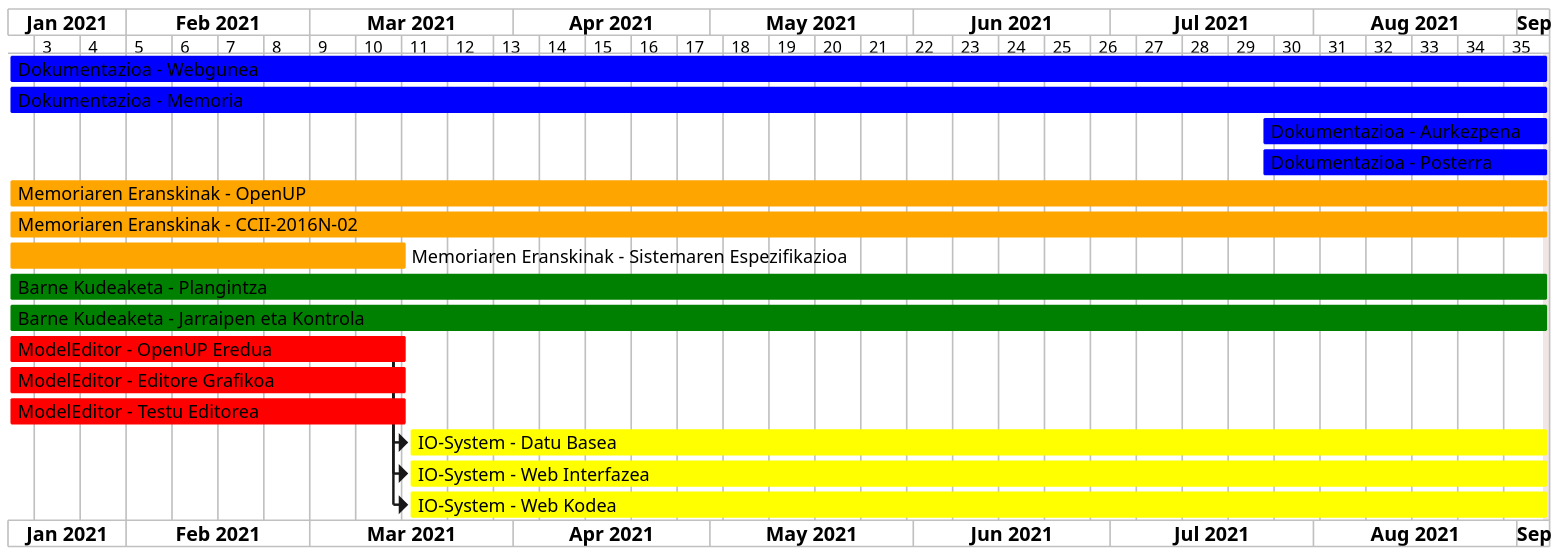
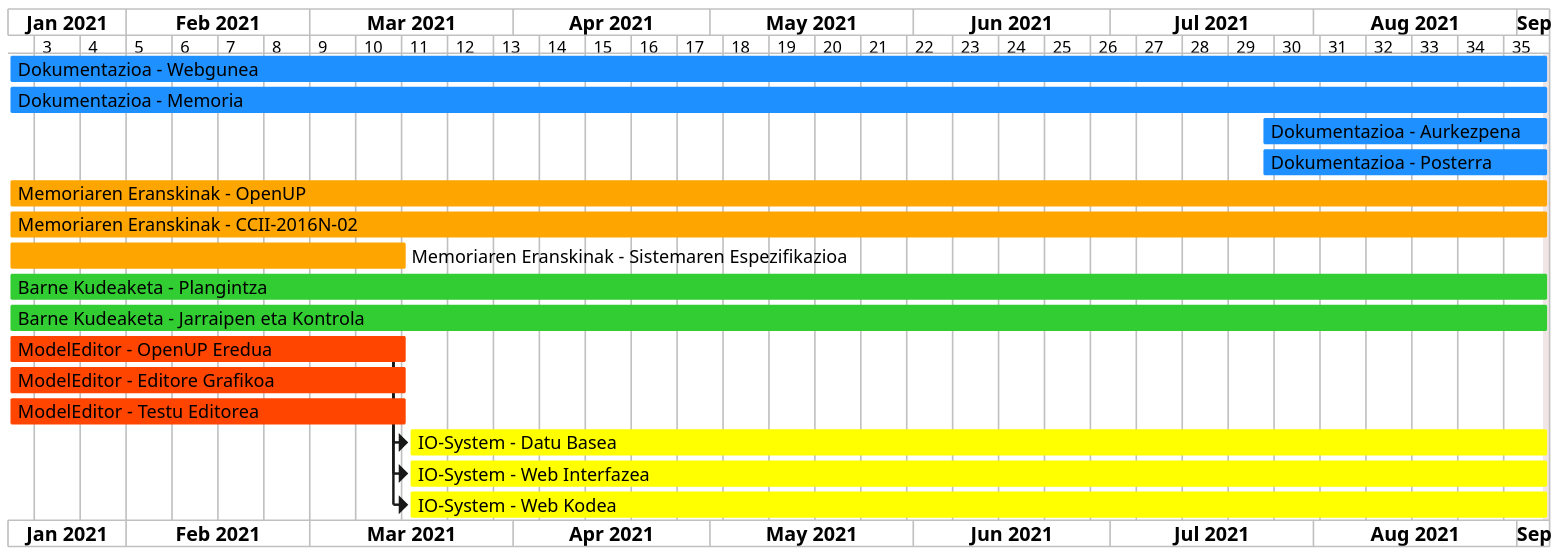
One commit to juletx/ProMeta changed the diagram in Proiektua/Memoriaren Eranskinak/A3 - Tamaina eta Esfortzu Estimazioa/Gantt_2.puml. Above: the diagram before and after it, drawn with PlantUML. The commit also changed 5 other files, not shown here.

Commit message:
Diagramen koloreak aldatu

```diff
--- a/Proiektua/Memoriaren Eranskinak/A3 - Tamaina eta Esfortzu Estimazioa/Gantt_2.puml
+++ b/Proiektua/Memoriaren Eranskinak/A3 - Tamaina eta Esfortzu Estimazioa/Gantt_2.puml
@@ -1,51 +1,51 @@
 @startgantt Gantt_2
 scale 2
 printscale weekly
 
 project starts the 2021/01/14
 2021/09/05 is closed
 
 'Dokumentazioa'
 [Dokumentazioa - Webgunea] starts 2021/01/14 and ends 2021/09/05
 [Dokumentazioa - Memoria] starts 2021/01/14 and ends 2021/09/05
 [Dokumentazioa - Aurkezpena] starts 2021/07/24 and ends 2021/09/05
 [Dokumentazioa - Posterra] starts 2021/07/24 and ends 2021/09/05
-[Dokumentazioa - Webgunea] is colored in Blue
-[Dokumentazioa - Memoria] is colored in Blue
-[Dokumentazioa - Aurkezpena] is colored in Blue
-[Dokumentazioa - Posterra] is colored in Blue
+[Dokumentazioa - Webgunea] is colored in DodgerBlue
+[Dokumentazioa - Memoria] is colored in DodgerBlue
+[Dokumentazioa - Aurkezpena] is colored in DodgerBlue
+[Dokumentazioa - Posterra] is colored in DodgerBlue
 
 'Memoriaren Eranskinak'
 [Memoriaren Eranskinak - OpenUP] starts 2021/01/14 and ends 2021/09/05
 [Memoriaren Eranskinak - CCII-2016N-02] starts 2021/01/14 and ends 2021/09/05
 [Memoriaren Eranskinak - Sistemaren Espezifikazioa] starts 2021/01/14 and ends 2021/03/15
 [Memoriaren Eranskinak - OpenUP] is colored in Orange
 [Memoriaren Eranskinak - CCII-2016N-02] is colored in Orange
 [Memoriaren Eranskinak - Sistemaren Espezifikazioa] is colored in Orange
 
 'Barne Kudeaketa'
 [Barne Kudeaketa - Plangintza] starts 2021/01/14 and ends 2021/09/05
 [Barne Kudeaketa - Jarraipen eta Kontrola] starts 2021/01/14 and ends 2021/09/05
-[Barne Kudeaketa - Plangintza] is colored in Green
-[Barne Kudeaketa - Jarraipen eta Kontrola] is colored in Green
+[Barne Kudeaketa - Plangintza] is colored in LimeGreen
+[Barne Kudeaketa - Jarraipen eta Kontrola] is colored in LimeGreen
 
 'ModelEditor'
 [ModelEditor - OpenUP Eredua] starts 2021/01/14 and ends 2021/03/15
 [ModelEditor - Editore Grafikoa] starts 2021/01/14 and ends 2021/03/15
 [ModelEditor - Testu Editorea] starts 2021/01/14 and ends 2021/03/15
-[ModelEditor - OpenUP Eredua] is colored in Red
-[ModelEditor - Editore Grafikoa] is colored in Red
-[ModelEditor - Testu Editorea] is colored in Red
+[ModelEditor - OpenUP Eredua] is colored in OrangeRed
+[ModelEditor - Editore Grafikoa] is colored in OrangeRed
+[ModelEditor - Testu Editorea] is colored in OrangeRed
 
 'IO-System'
 [IO-System - Datu Basea] starts 2021/03/16 and ends 2021/09/05
 [IO-System - Web Interfazea] starts 2021/03/16 and ends 2021/09/05
 [IO-System - Web Kodea] starts 2021/03/16 and ends 2021/09/05
 [IO-System - Datu Basea] is colored in Yellow
 [IO-System - Web Interfazea] is colored in Yellow
 [IO-System - Web Kodea] is colored in Yellow
 
 [ModelEditor - OpenUP Eredua] -> [IO-System - Datu Basea]
 [ModelEditor - OpenUP Eredua] -> [IO-System - Web Interfazea]
 [ModelEditor - OpenUP Eredua] -> [IO-System - Web Kodea]
 @endgantt
```
